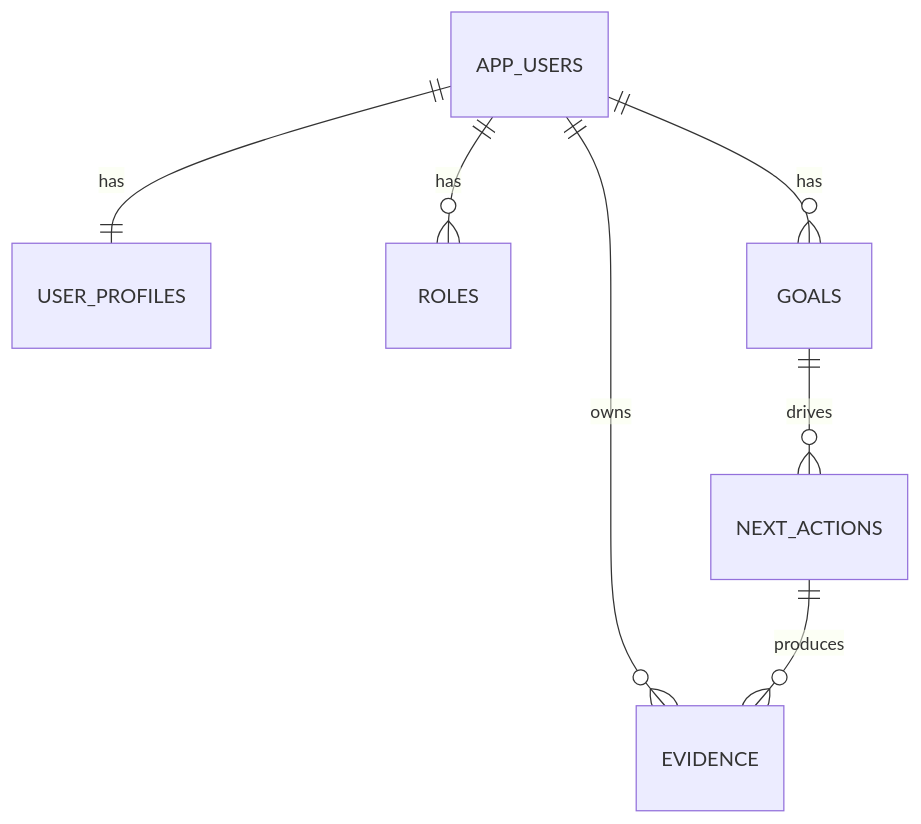
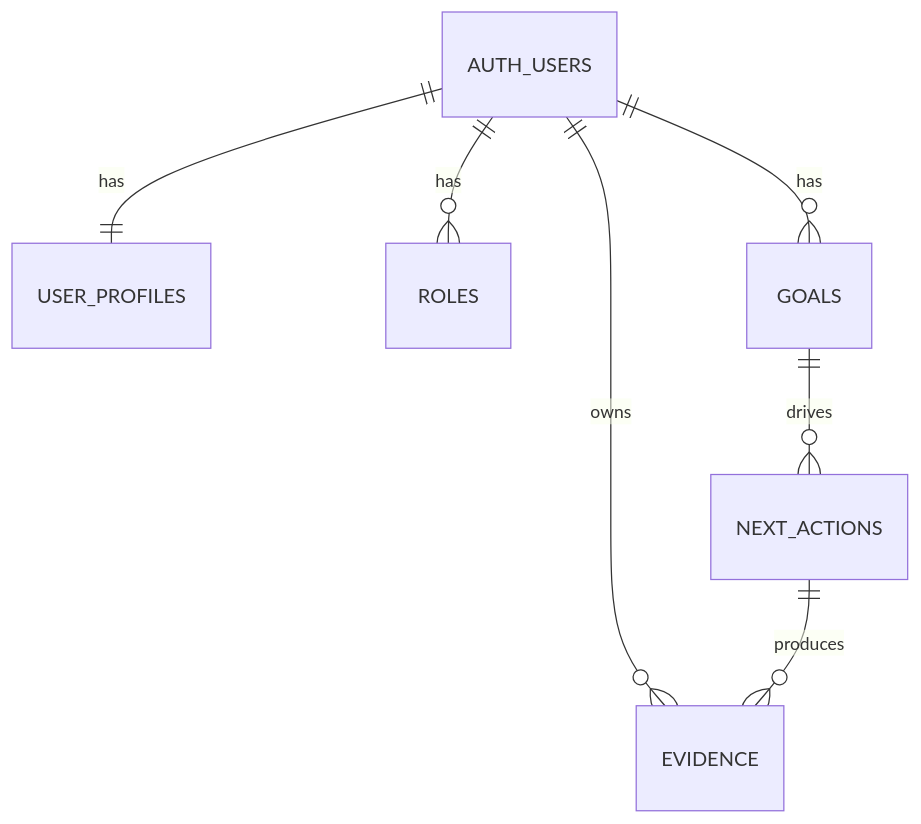
The third of 4 diagrams in docs/16-BACKEND-FOUNDATION.md (seq23/aplayer-mode), drawn with Mermaid before and after one commit. The commit also changed other lines of this file, not shown here.

````diff
--- a/docs/16-BACKEND-FOUNDATION.md
+++ b/docs/16-BACKEND-FOUNDATION.md
@@ -71,9 +71,9 @@
 ```mermaid
 erDiagram
-  APP_USERS ||--|| USER_PROFILES : has
-  APP_USERS ||--o{ ROLES : has
-  APP_USERS ||--o{ GOALS : has
+  AUTH_USERS ||--|| USER_PROFILES : has
+  AUTH_USERS ||--o{ ROLES : has
+  AUTH_USERS ||--o{ GOALS : has
   GOALS ||--o{ NEXT_ACTIONS : drives
-  APP_USERS ||--o{ EVIDENCE : owns
+  AUTH_USERS ||--o{ EVIDENCE : owns
   NEXT_ACTIONS ||--o{ EVIDENCE : produces
 ```
````
